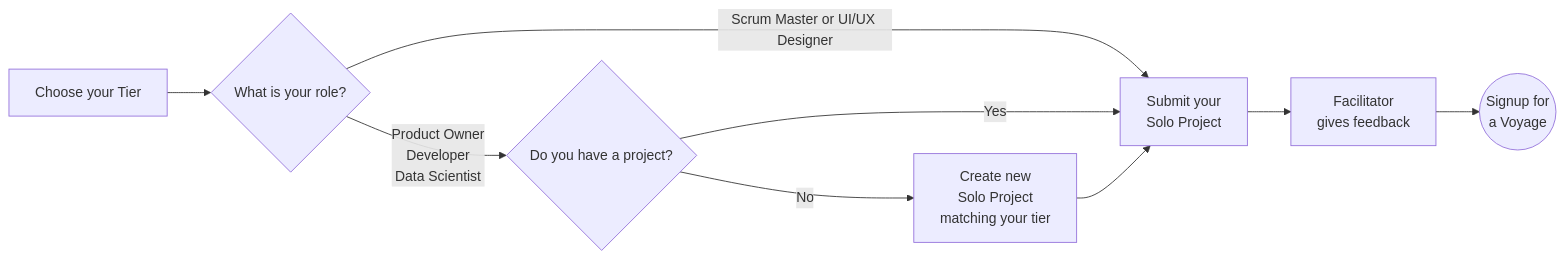
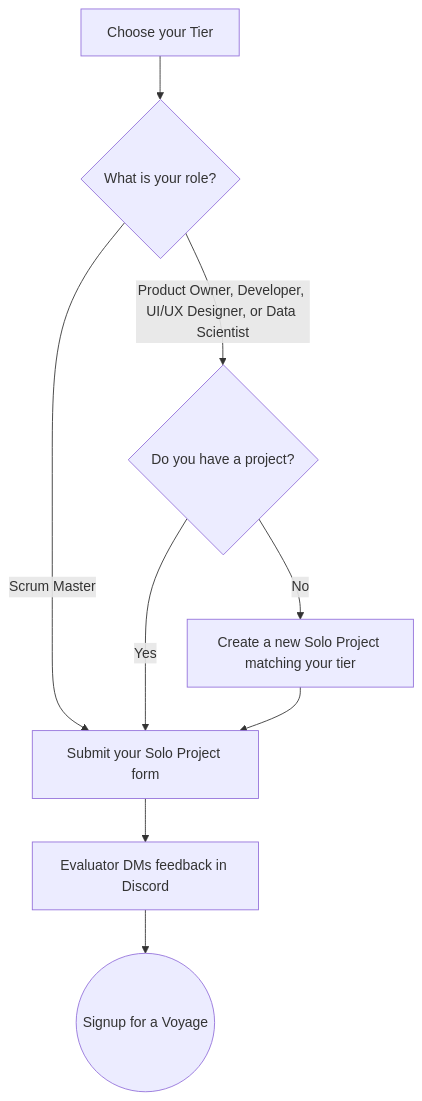
One commit to chingu-voyages/Handbook changed the diagram in docs/guides/soloproject/soloproject.md. Above: the diagram before and after it, drawn with Mermaid.

Commit message:
Feature: Update solo project steps diagram

````diff
--- a/docs/guides/soloproject/soloproject.md
+++ b/docs/guides/soloproject/soloproject.md
@@ -17,11 +17,11 @@
 ```mermaid
-graph LR
+graph TB
     A[Choose your Tier] --> B{What is your role?}
-    B -- Scrum Master or UI/UX Designer --> G
-    B -- Product Owner\nDeveloper\nData Scientist --> F{Do you have a project?}
-    F -- Yes --> G[Submit your\nSolo Project]
-    F -- No --> H[Create new\nSolo Project\nmatching your tier]
+    B -- Scrum Master --> G
+    B -- Product Owner, Developer, UI/UX Designer, or Data Scientist --> F{Do you have a project?}
+    F -- Yes --> G[Submit your Solo Project form]
+    F -- No --> H[Create a new Solo Project matching your tier]
     H --> G
-    G --> I[Facilitator\ngives feedback]
-    I --> J((Signup for\na Voyage))
+    G --> I[Evaluator DMs feedback in Discord]
+    I --> J((Signup for a Voyage))
 ```
````
